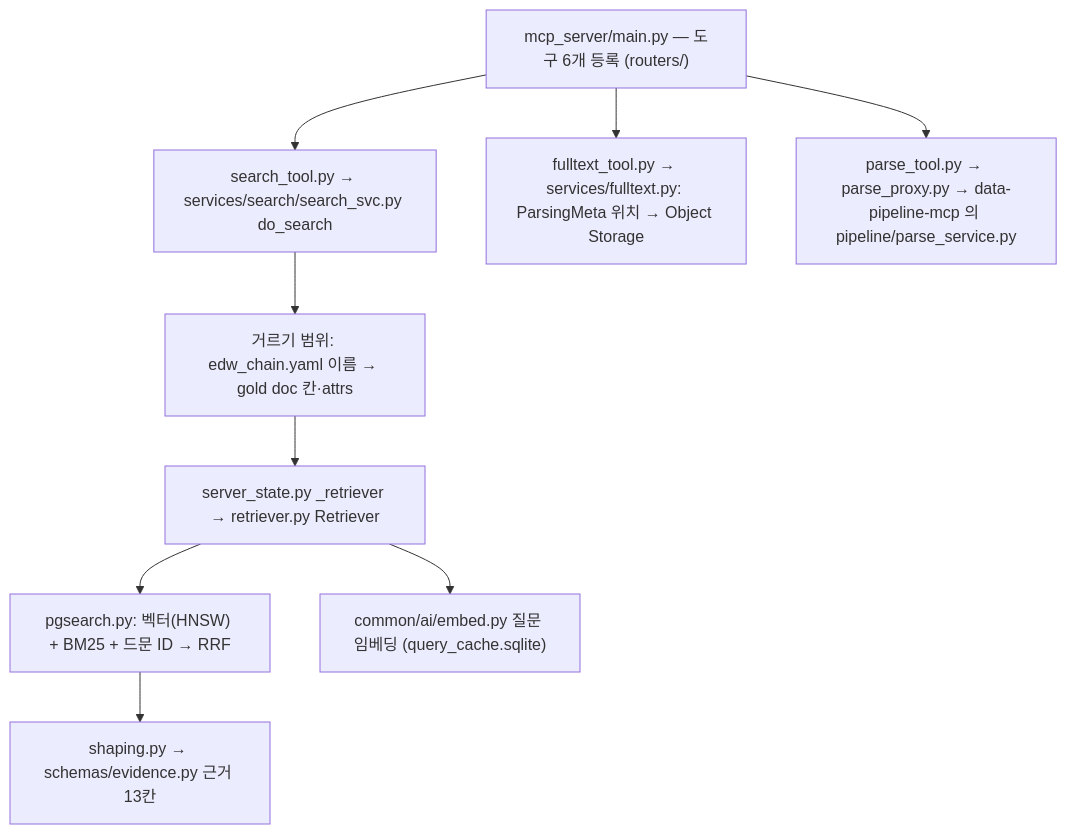
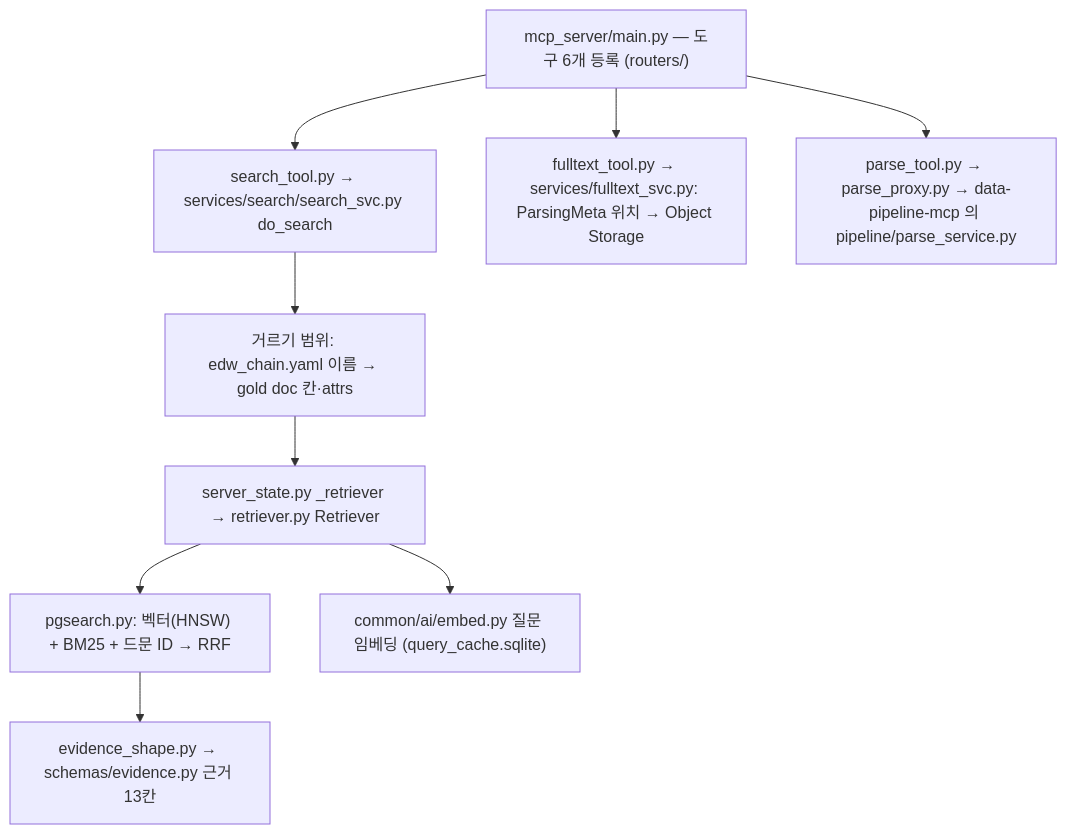
The tenth of 11 diagrams in docs/architecture/parse_flow.md (gigasamba/sbl_data_parsing), drawn with Mermaid before and after one commit. The commit also changed other lines of this file and 39 other files, not shown here.

````diff
--- a/docs/architecture/parse_flow.md
+++ b/docs/architecture/parse_flow.md
@@ -384,16 +384,16 @@
 ```mermaid
 flowchart TD
     M["mcp_server/main.py — 도구 6개 등록 (routers/)"]
     S["search_tool.py → services/search/search_svc.py do_search"]
     H["거르기 범위: edw_chain.yaml 이름 → gold doc 칸·attrs"]
     R["server_state.py _retriever → retriever.py Retriever"]
     P["pgsearch.py: 벡터(HNSW) + BM25 + 드문 ID → RRF"]
     Q["common/ai/embed.py 질문 임베딩 (query_cache.sqlite)"]
-    O["shaping.py → schemas/evidence.py 근거 13칸"]
-    FT["fulltext_tool.py → services/fulltext.py: ParsingMeta 위치 → Object Storage"]
+    O["evidence_shape.py → schemas/evidence.py 근거 13칸"]
+    FT["fulltext_tool.py → services/fulltext_svc.py: ParsingMeta 위치 → Object Storage"]
     PD["parse_tool.py → parse_proxy.py → data-pipeline-mcp 의 pipeline/parse_service.py"]
     M --> S --> H --> R --> P --> O
     R --> Q
     M --> FT
     M --> PD
 ```
````
